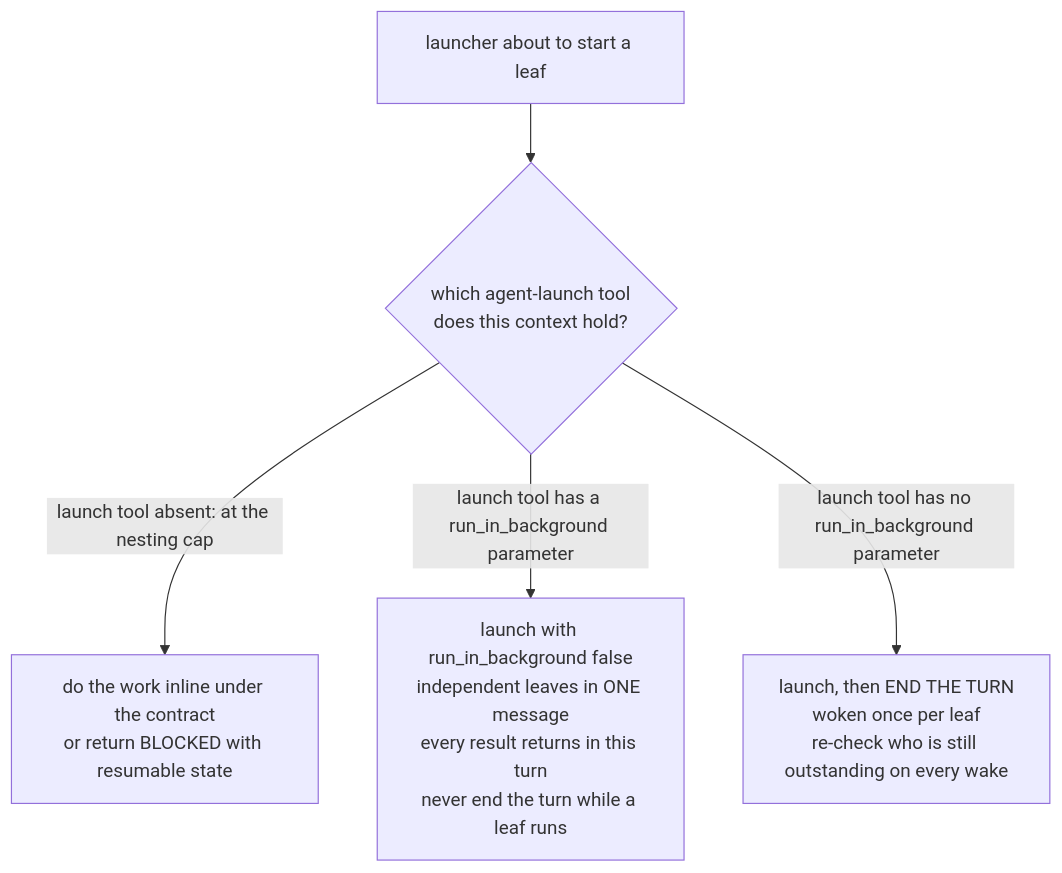
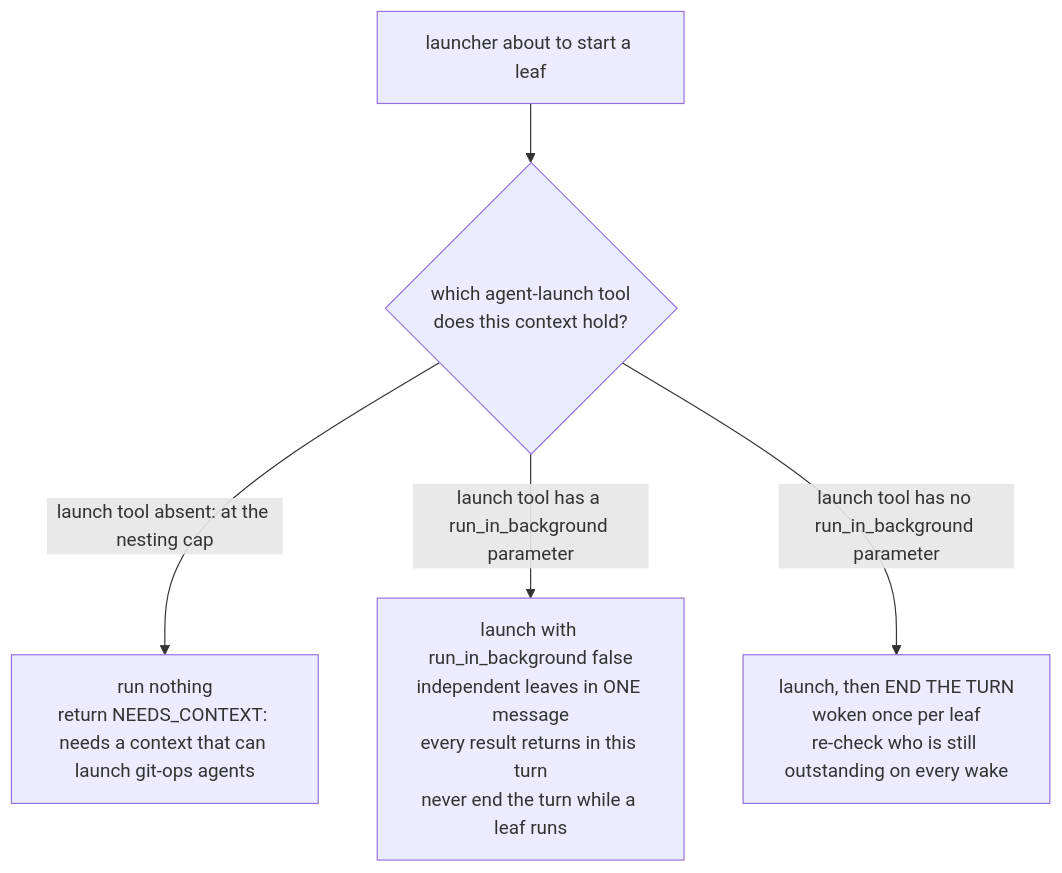
Before and after one commit to Viindoo/odoo-mcp-client: the third of 4 diagrams in plugins/git-toolkit/docs/architecture.md, drawn with Mermaid. The commit also changed other lines of this file and 17 other files, not shown here.

First line of the commit message:
fix(git-toolkit): git-ops takes the request and result, never commands

````diff
--- a/plugins/git-toolkit/docs/architecture.md
+++ b/plugins/git-toolkit/docs/architecture.md
@@ -65,7 +71,7 @@
 ```mermaid
 flowchart TD
     L[launcher about to start a leaf] --> T{which agent-launch tool<br/>does this context hold?}
-    T -->|launch tool absent: at the nesting cap| F[do the work inline under the contract<br/>or return BLOCKED with resumable state]
+    T -->|launch tool absent: at the nesting cap| F[run nothing<br/>return NEEDS_CONTEXT: needs a context that can launch git-ops agents]
     T -->|launch tool has a run_in_background parameter| B[launch with run_in_background false<br/>independent leaves in ONE message<br/>every result returns in this turn<br/>never end the turn while a leaf runs]
     T -->|launch tool has no run_in_background parameter| A[launch, then END THE TURN<br/>woken once per leaf<br/>re-check who is still outstanding on every wake]
 ```
````
